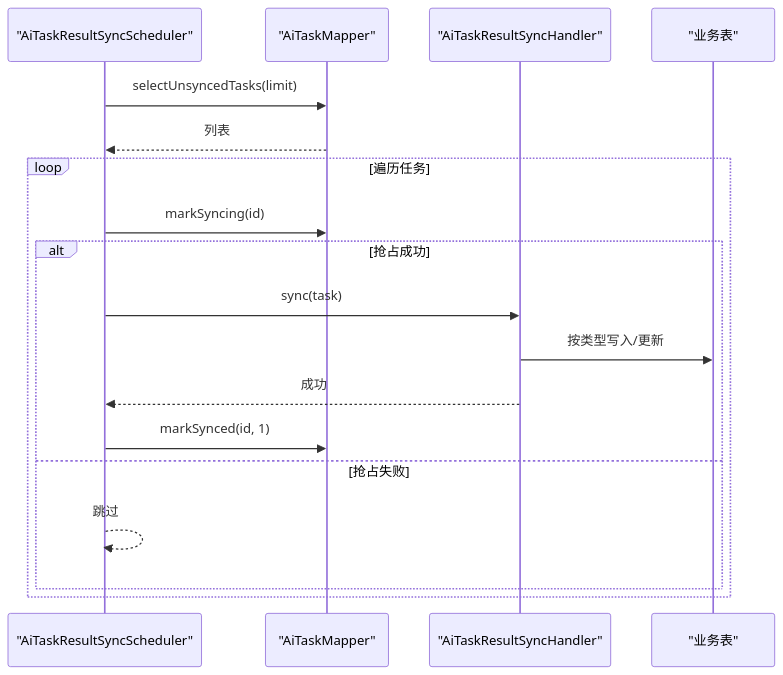
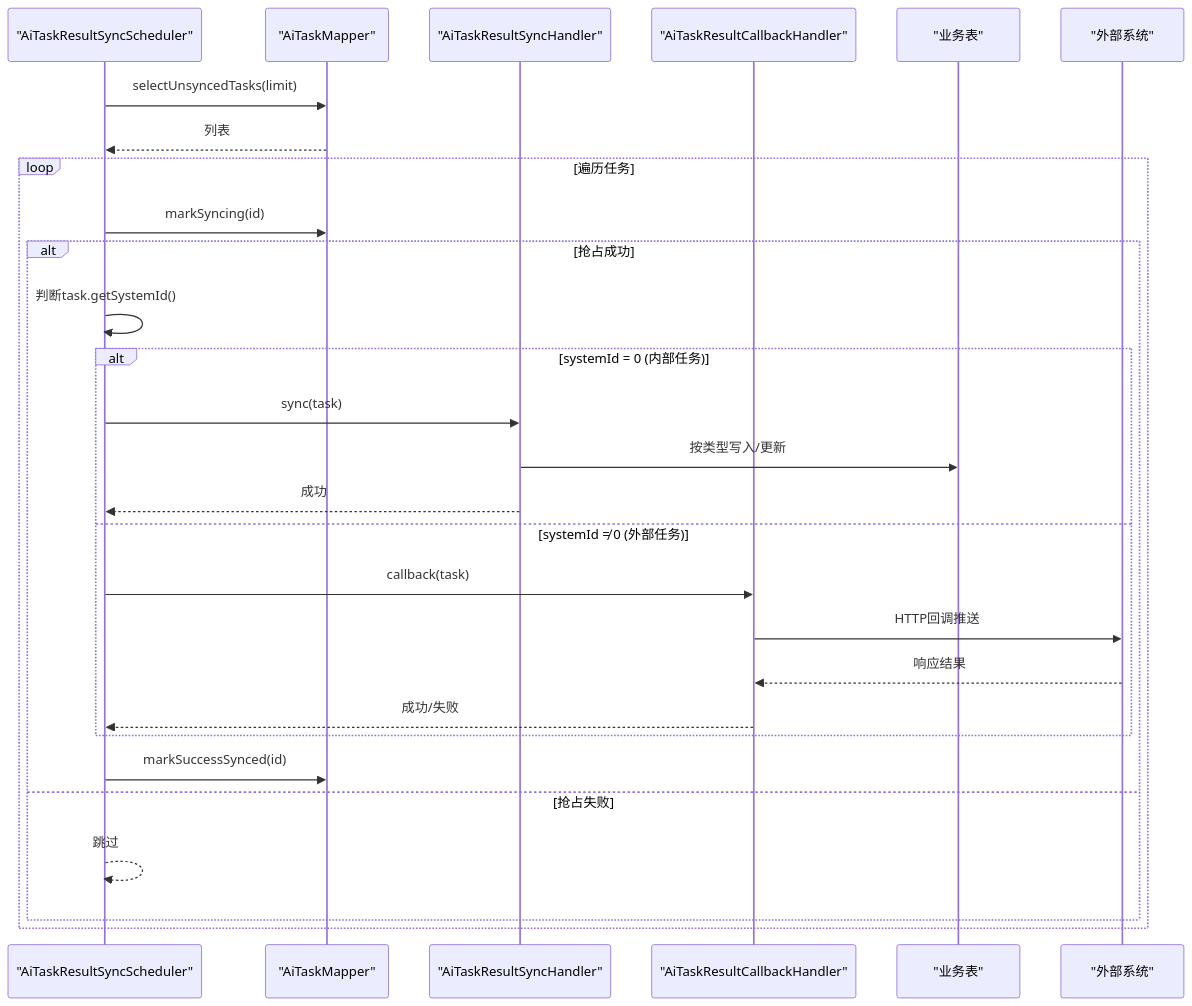
Before and after one commit to DrunkFood/First: the seventh of 10 diagrams in .qoder/repowiki/zh/content/后端服务/AI处理服务 (ele-ai-tender-ai)/异步任务处理与线程池管理/AI任务生命周期管理.md, drawn with Mermaid. The commit also changed other lines of this file and 58 other files, not shown here.

````diff
--- a/.qoder/repowiki/zh/content/后端服务/AI处理服务 (ele-ai-tender-ai)/异步任务处理与线程池管理/AI任务生命周期管理.md
+++ b/.qoder/repowiki/zh/content/后端服务/AI处理服务 (ele-ai-tender-ai)/异步任务处理与线程池管理/AI任务生命周期管理.md
@@ -280,20 +315,30 @@
 ```mermaid
 sequenceDiagram
 participant Sch as "AiTaskResultSyncScheduler"
 participant Mapper as "AiTaskMapper"
-participant Handler as "AiTaskResultSyncHandler"
+participant LocalSync as "AiTaskResultSyncHandler"
+participant Callback as "AiTaskResultCallbackHandler"
 participant Biz as "业务表"
+participant External as "外部系统"
 Sch->>Mapper : selectUnsyncedTasks(limit)
 Mapper-->>Sch : 列表
 loop 遍历任务
 Sch->>Mapper : markSyncing(id)
 alt 抢占成功
-Sch->>Handler : sync(task)
-Handler->>Biz : 按类型写入/更新
-Handler-->>Sch : 成功
-Sch->>Mapper : markSynced(id, 1)
+Sch->>Sch : 判断task.getSystemId()
+alt systemId = 0 (内部任务)
+Sch->>LocalSync : sync(task)
+LocalSync->>Biz : 按类型写入/更新
+LocalSync-->>Sch : 成功
+else systemId ≠ 0 (外部任务)
+Sch->>Callback : callback(task)
+Callback->>External : HTTP回调推送
+External-->>Callback : 响应结果
+Callback-->>Sch : 成功/失败
+end
+Sch->>Mapper : markSuccessSynced(id)
 else 抢占失败
 Sch-->>Sch : 跳过
 end
 end
 ```
````
